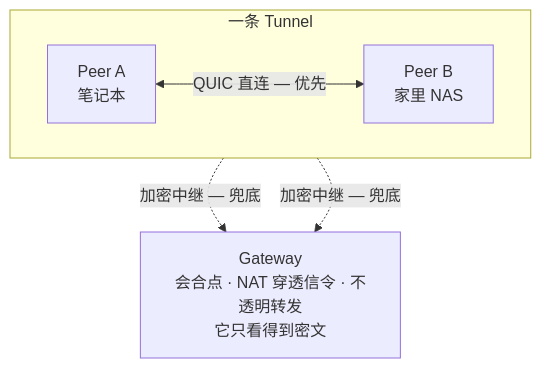
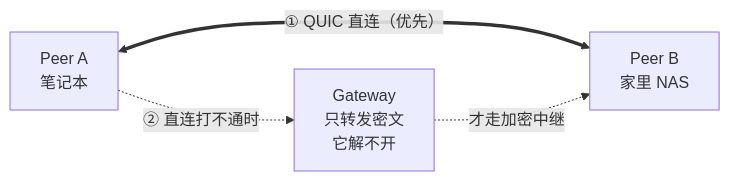
Before and after one commit to lantunnel/lantunnel: the diagram in README.zh-CN.md, drawn with Mermaid. The commit also changed 6 other files, not shown here.

First line of the commit message:
docs: redraw the topology diagram so it reads at a glance

````diff
--- a/README.zh-CN.md
+++ b/README.zh-CN.md
@@ -71,12 +71,9 @@
 ```mermaid
-flowchart TB
-    subgraph tunnel["一条 Tunnel"]
-        direction LR
-        A["Peer A<br/>笔记本"]
-        B["Peer B<br/>家里 NAS"]
-        A <-->|"QUIC 直连 — 优先"| B
-    end
-    A -.->|"加密中继 — 兜底"| GW
-    B -.->|"加密中继 — 兜底"| GW
-    GW["Gateway<br/>会合点 · NAT 穿透信令 · 不透明转发<br/>它只看得到密文"]
+flowchart LR
+    A["Peer A<br/>笔记本"]
+    B["Peer B<br/>家里 NAS"]
+    GW["Gateway<br/>只转发密文<br/>它解不开"]
+    A <== "① QUIC 直连（优先）" ==> B
+    A -. "② 直连打不通时" .-> GW
+    GW -. "才走加密中继" .-> B
 ```
````
